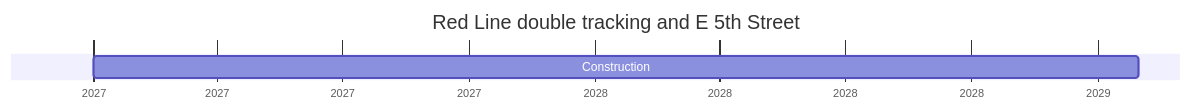
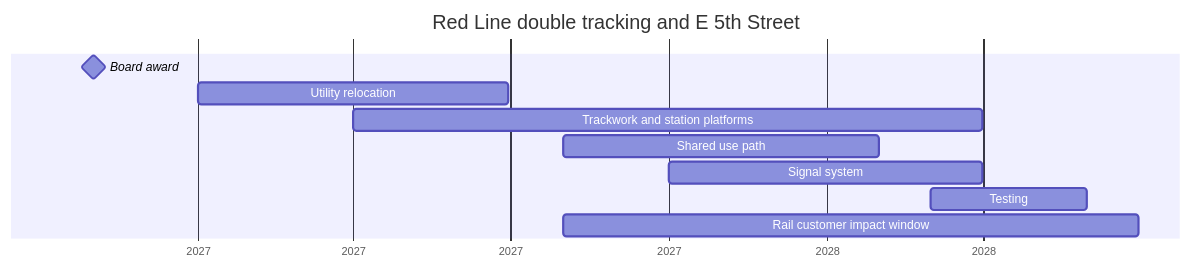
Before and after one commit to changesaroundme/calendars: the second of 40 diagrams in docs/projects.md, drawn with Mermaid. The commit also changed other lines of this file and 1 other file, not shown here.

````diff
--- a/docs/projects.md
+++ b/docs/projects.md
@@ -46,7 +46,13 @@
 ```mermaid
 gantt
     title Red Line double tracking and E 5th Street
     dateFormat YYYY-MM-DD
     axisFormat %Y
-    Construction :p1, 2027-01-01, 2029-01-31
+    Board award :milestone, p1, 2026-11-01, 0d
+    Utility relocation :p2, 2027-01-01, 2027-06-30
+    Trackwork and station platforms :p3, 2027-04-01, 2028-03-31
+    Shared use path :p4, 2027-08-01, 2028-01-31
+    Signal system :p5, 2027-10-01, 2028-03-31
+    Testing :p6, 2028-03-01, 2028-05-31
+    Rail customer impact window :p7, 2027-08-01, 2028-06-30
 ```
````
